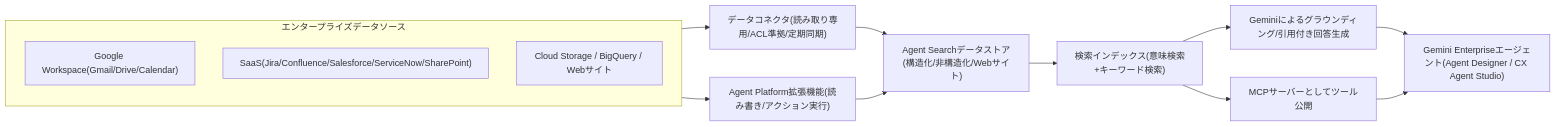
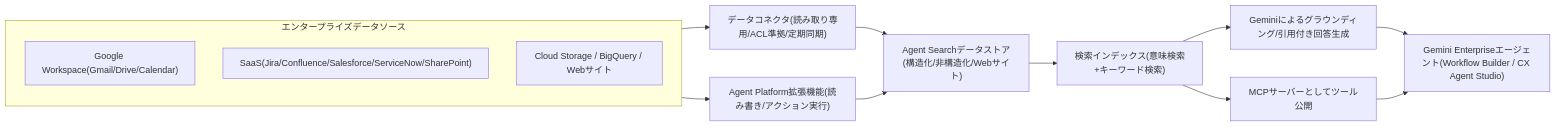
The sixth of 7 diagrams in Professional-agentic-architect-section1.md (myoshi2891/Cloud-Infrastructure-Studies), drawn with Mermaid before and after one commit. The commit also changed other lines of this file and 2 other files, not shown here.

Commit message:
docs: update Computer Networks and Professional Agentic Architect study guides

````diff
--- a/Professional-agentic-architect-section1.md
+++ b/Professional-agentic-architect-section1.md
@@ -298,17 +299,17 @@
 ```mermaid
 flowchart LR
     subgraph Sources["エンタープライズデータソース"]
         S1["Google Workspace(Gmail/Drive/Calendar)"]
         S2["SaaS(Jira/Confluence/Salesforce/ServiceNow/SharePoint)"]
         S3["Cloud Storage / BigQuery / Webサイト"]
     end
     Sources --> Conn["データコネクタ(読み取り専用/ACL準拠/定期同期)"]
     Sources --> Ext["Agent Platform拡張機能(読み書き/アクション実行)"]
     Conn --> DS["Agent Searchデータストア(構造化/非構造化/Webサイト)"]
     Ext --> DS
     DS --> Index["検索インデックス(意味検索+キーワード検索)"]
     Index --> Ground["Geminiによるグラウンディング/引用付き回答生成"]
-    Ground --> Agent["Gemini Enterpriseエージェント(Agent Designer / CX Agent Studio)"]
+    Ground --> Agent["Gemini Enterpriseエージェント(Workflow Builder / CX Agent Studio)"]
     Index --> MCP["MCPサーバーとしてツール公開"]
     MCP --> Agent
 ```
````
